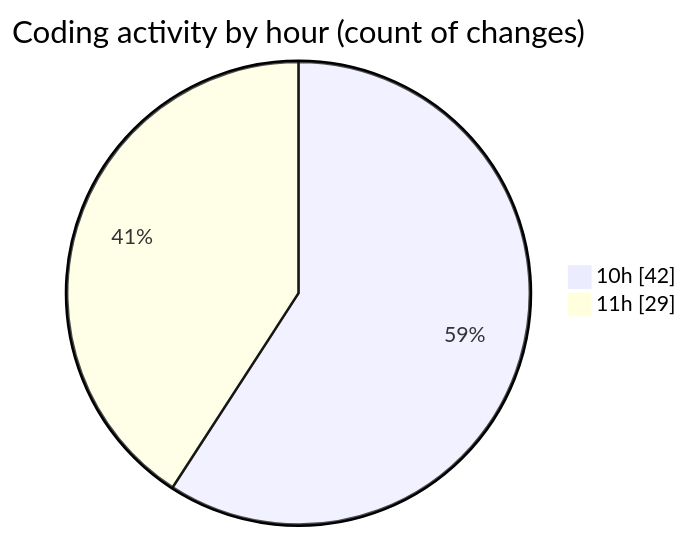
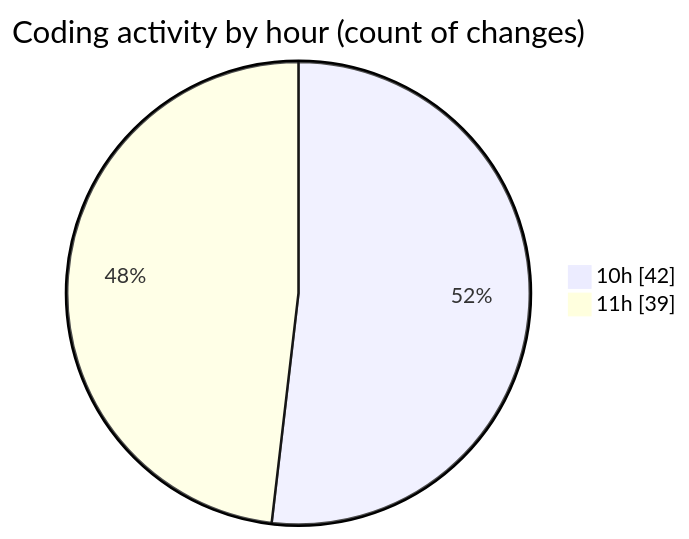
Before and after one commit to CELIANVF/code-tracking: the second of 2 diagrams in 2025-05-15/ecodeli-1/README.md, drawn with Mermaid. The commit also changed other lines of this file and 1 other file, not shown here.

````diff
--- a/2025-05-15/ecodeli-1/README.md
+++ b/2025-05-15/ecodeli-1/README.md
@@ -55,6 +56,6 @@
 ```mermaid
 pie showData
 title Coding activity by hour (count of changes)
 "10h" : 42
-"11h" : 29
+"11h" : 39
 ```
````
